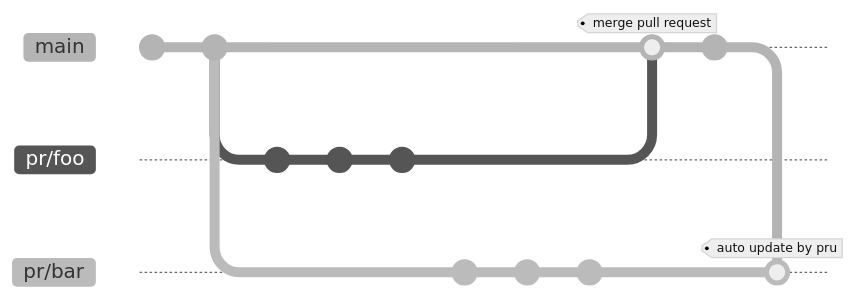
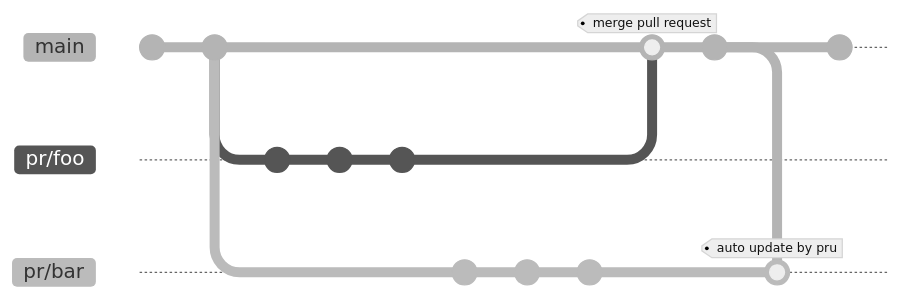
Before and after one commit to winebarrel/pru: the diagram in README.md, drawn with Mermaid (neutral theme). Commit ids are hidden.

````diff
--- a/README.md
+++ b/README.md
@@ -7,20 +7,21 @@
 ```mermaid
 gitGraph
   commit
   commit
   branch pr/foo
   commit
   commit
   commit
   checkout main
   branch pr/bar
   commit
   commit
   commit
   checkout main
   merge pr/foo tag:"merge pull request"
   commit
   checkout pr/bar
   merge main tag:"auto update by pru"
   checkout main
+  commit
 ```
````
